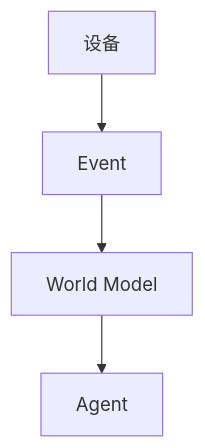
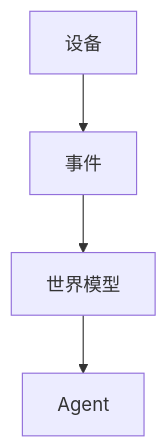
One commit to ayane-ai/ayane-docs changed the seventh of 12 diagrams in product/产品愿景与总纲.md. Above: the diagram before and after it, drawn with Mermaid. The commit also changed other lines of this file and 8 other files, not shown here.

````diff
--- a/product/产品愿景与总纲.md
+++ b/product/产品愿景与总纲.md
@@ -463,6 +503,6 @@
 ```mermaid
 flowchart TD
-    device["设备"] --> event["Event"]
-    event --> world["World Model"]
+    device["设备"] --> event["事件"]
+    event --> world["世界模型"]
     world --> agent["Agent"]
 ```
````
